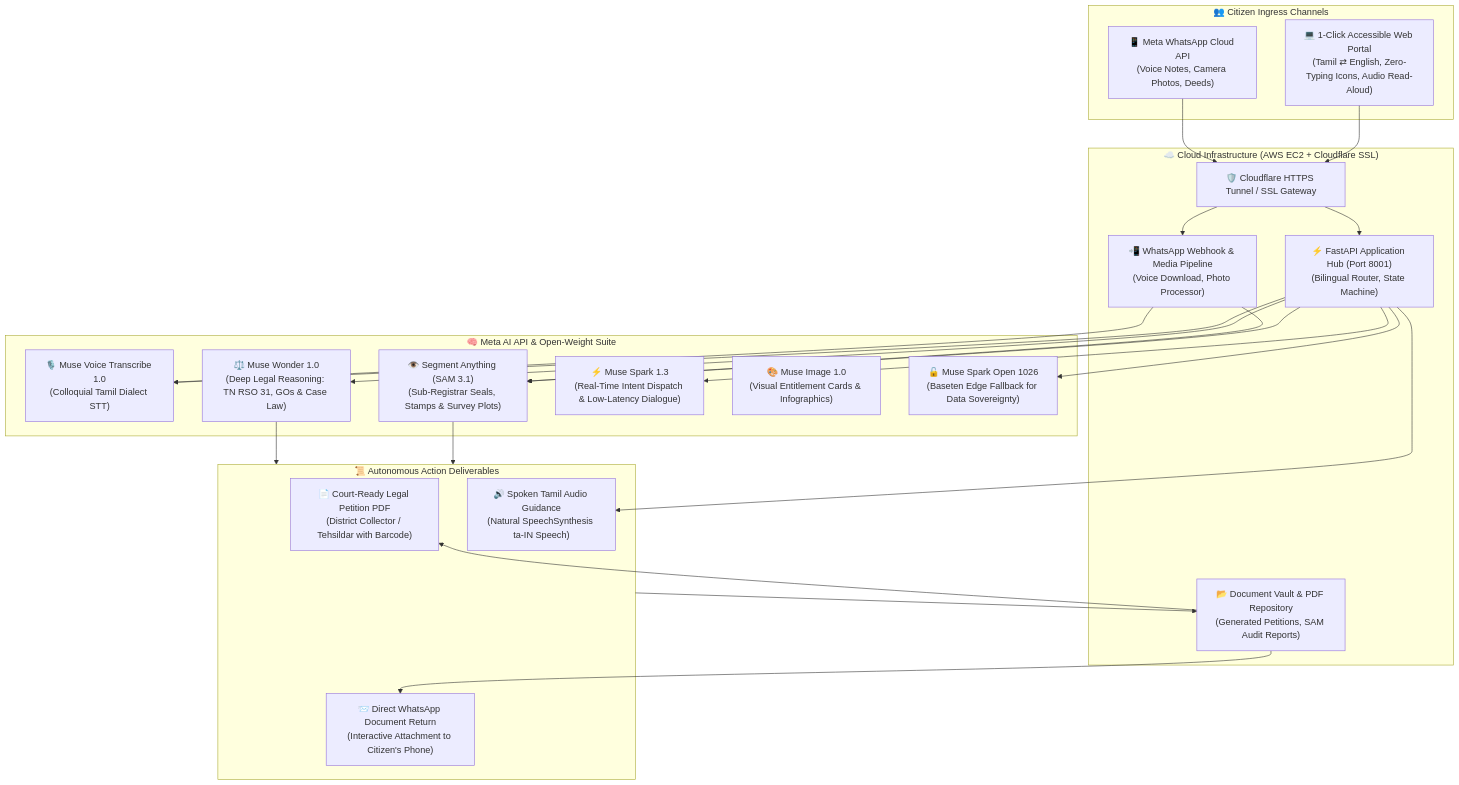
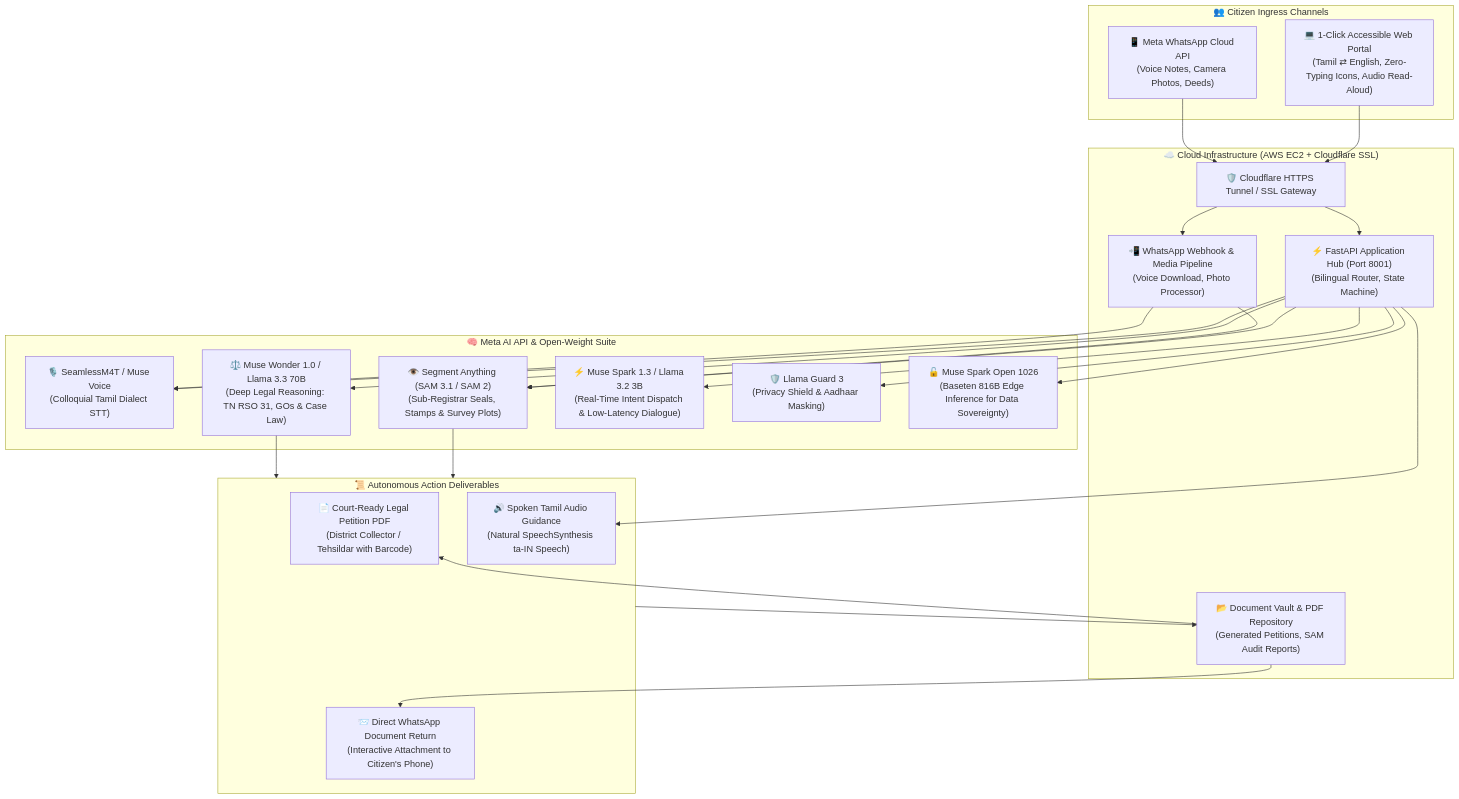
Before and after one commit to rajakumaranaap-rgb/makkal-agent-ai: the diagram in README.md, drawn with Mermaid. The commit also changed other lines of this file, not shown here.

````diff
--- a/README.md
+++ b/README.md
@@ -119,49 +59,50 @@
 ```mermaid
 flowchart TD
     subgraph Citizens["👥 Citizen Ingress Channels"]
         WApp["📱 Meta WhatsApp Cloud API<br/>(Voice Notes, Camera Photos, Deeds)"]
         WebUI["💻 1-Click Accessible Web Portal<br/>(Tamil ⇄ English, Zero-Typing Icons, Audio Read-Aloud)"]
     end
 
     subgraph Cloud_Infra["☁️ Cloud Infrastructure (AWS EC2 + Cloudflare SSL)"]
         Tunnel["🛡️ Cloudflare HTTPS Tunnel / SSL Gateway"]
         FastAPI["⚡ FastAPI Application Hub (Port 8001)<br/>(Bilingual Router, State Machine)"]
         WA_Agent["📲 WhatsApp Webhook & Media Pipeline<br/>(Voice Download, Photo Processor)"]
         Vault["📂 Document Vault & PDF Repository<br/>(Generated Petitions, SAM Audit Reports)"]
     end
 
     subgraph Meta_AI_Suite["🧠 Meta AI API & Open-Weight Suite"]
-        Voice["🎙️ Muse Voice Transcribe 1.0<br/>(Colloquial Tamil Dialect STT)"]
-        Vision["👁️ Segment Anything (SAM 3.1)<br/>(Sub-Registrar Seals, Stamps & Survey Plots)"]
-        Reasoning["⚖️ Muse Wonder 1.0<br/>(Deep Legal Reasoning: TN RSO 31, GOs & Case Law)"]
-        Speed["⚡ Muse Spark 1.3<br/>(Real-Time Intent Dispatch & Low-Latency Dialogue)"]
-        Visual["🎨 Muse Image 1.0<br/>(Visual Entitlement Cards & Infographics)"]
-        OpenWeight["🔓 Muse Spark Open 1026<br/>(Baseten Edge Fallback for Data Sovereignty)"]
+        Voice["🎙️ SeamlessM4T / Muse Voice<br/>(Colloquial Tamil Dialect STT)"]
+        Vision["👁️ Segment Anything (SAM 3.1 / SAM 2)<br/>(Sub-Registrar Seals, Stamps & Survey Plots)"]
+        Reasoning["⚖️ Muse Wonder 1.0 / Llama 3.3 70B<br/>(Deep Legal Reasoning: TN RSO 31, GOs & Case Law)"]
+        Speed["⚡ Muse Spark 1.3 / Llama 3.2 3B<br/>(Real-Time Intent Dispatch & Low-Latency Dialogue)"]
+        Guard["🛡️ Llama Guard 3<br/>(Privacy Shield & Aadhaar Masking)"]
+        OpenWeight["🔓 Muse Spark Open 1026<br/>(Baseten 816B Edge Inference for Data Sovereignty)"]
     end
 
     subgraph Action_Output["📜 Autonomous Action Deliverables"]
         PDF["📄 Court-Ready Legal Petition PDF<br/>(District Collector / Tehsildar with Barcode)"]
         AudioOut["🔊 Spoken Tamil Audio Guidance<br/>(Natural SpeechSynthesis ta-IN Speech)"]
         WADispatch["📨 Direct WhatsApp Document Return<br/>(Interactive Attachment to Citizen's Phone)"]
     end
 
     WApp --> Tunnel
     WebUI --> Tunnel
     Tunnel --> FastAPI
     Tunnel --> WA_Agent
 
     WA_Agent --> Voice
     WA_Agent --> Vision
     FastAPI --> Voice
     FastAPI --> Vision
     FastAPI --> Speed
     FastAPI --> Reasoning
     FastAPI --> OpenWeight
+    FastAPI --> Guard
 
     Reasoning --> Action_Output
     Vision --> Action_Output
     Action_Output --> Vault
     Vault --> WADispatch
     Vault --> PDF
     FastAPI --> AudioOut
 ```
````
